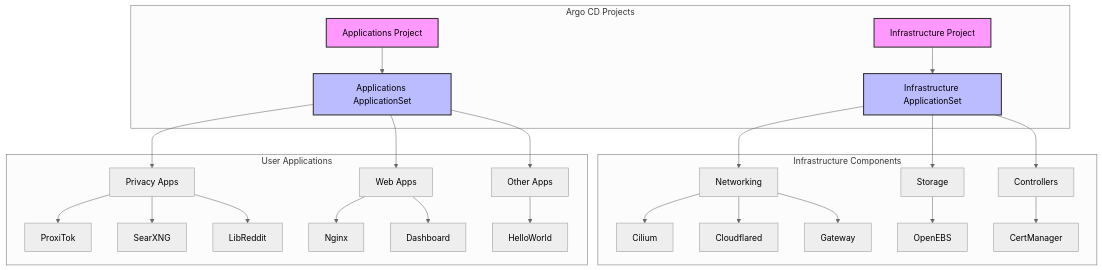
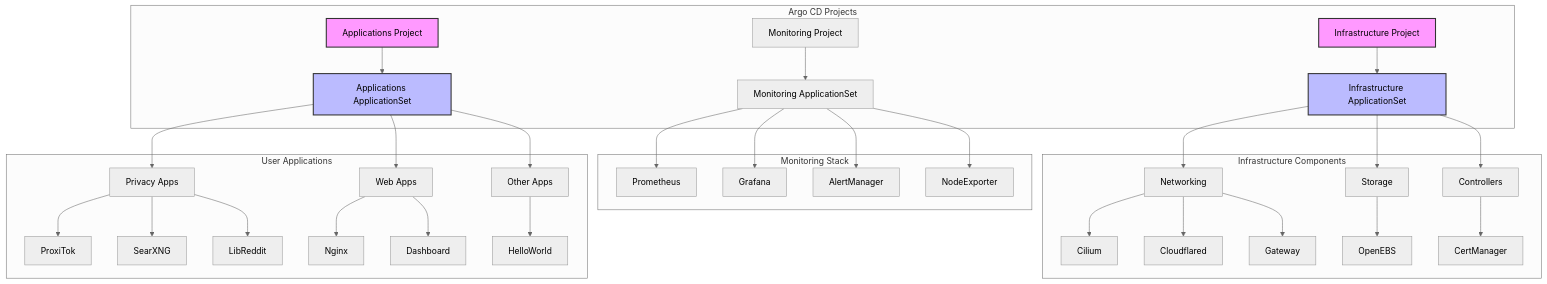
Before and after one commit to nzwemmer/k3s-argocd-starter: the diagram in readme.md, drawn with Mermaid (neutral theme). The commit also changed other lines of this file and 5 other files, not shown here.

````diff
--- a/readme.md
+++ b/readme.md
@@ -40,41 +40,49 @@
 ```mermaid
 graph TD
     subgraph "Argo CD Projects"
         IP[Infrastructure Project] --> IAS[Infrastructure ApplicationSet]
         AP[Applications Project] --> AAS[Applications ApplicationSet]
+        MP[Monitoring Project] --> MAS[Monitoring ApplicationSet]
     end
     
     subgraph "Infrastructure Components"
         IAS --> N[Networking]
         IAS --> S[Storage]
         IAS --> C[Controllers]
         
         N --> Cilium
         N --> Cloudflared
         N --> Gateway
         
         S --> OpenEBS
         
         C --> CertManager
+    end
+    
+    subgraph "Monitoring Stack"
+        MAS --> Prometheus
+        MAS --> Grafana
+        MAS --> AlertManager
+        MAS --> NodeExporter
     end
     
     subgraph "User Applications"
         AAS --> P[Privacy Apps]
         AAS --> Web[Web Apps]
         AAS --> Other[Other Apps]
         
         P --> ProxiTok
         P --> SearXNG
         P --> LibReddit
         
         Web --> Nginx
         Web --> Dashboard
         
         Other --> HelloWorld
     end
 
     style IP fill:#f9f,stroke:#333,stroke-width:2px
     style AP fill:#f9f,stroke:#333,stroke-width:2px
     style IAS fill:#bbf,stroke:#333,stroke-width:2px
     style AAS fill:#bbf,stroke:#333,stroke-width:2px
 ```
````
